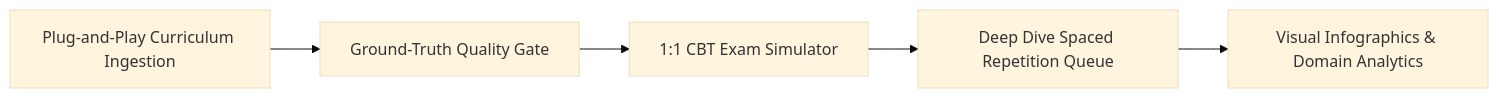
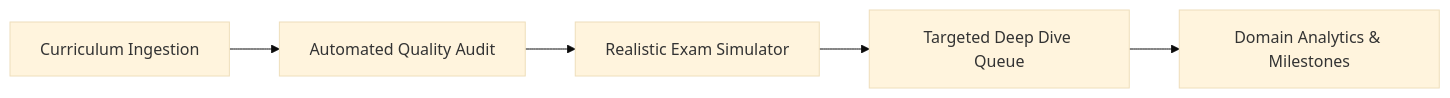
The first of 2 diagrams in README.md (jyothisthaliath/omni-quiz), drawn with Mermaid (base theme) before and after one commit. The commit also changed other lines of this file, not shown here.

Commit message:
Revamp showcase README with architecture diagram, admin features, and quality tooling

````diff
--- a/README.md
+++ b/README.md
@@ -32,7 +24,7 @@
 ```mermaid
 flowchart LR
-    A[Plug-and-Play Curriculum Ingestion] --> B[Ground-Truth Quality Gate]
-    B --> C[1:1 CBT Exam Simulator]
-    C --> D[Deep Dive Spaced Repetition Queue]
-    D --> E[Visual Infographics & Domain Analytics]
+    A[Curriculum Ingestion] --> B[Automated Quality Audit]
+    B --> C[Realistic Exam Simulator]
+    C --> D[Targeted Deep Dive Queue]
+    D --> E[Domain Analytics & Milestones]
 ```
````
